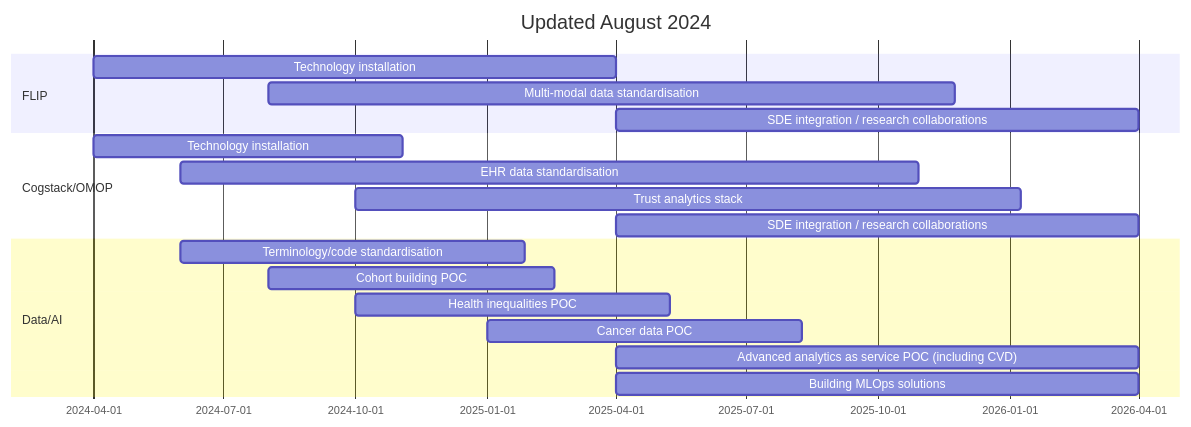
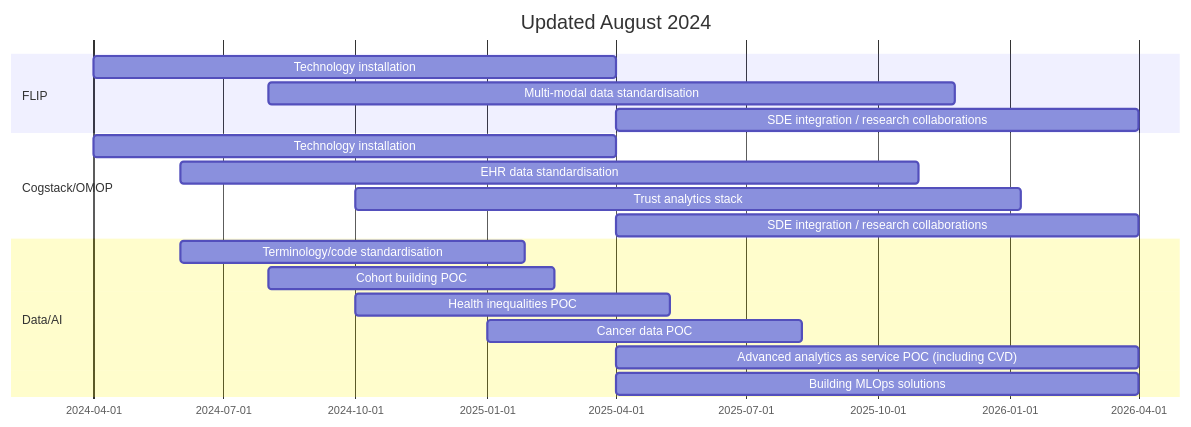
One commit to d3london/sde-aic changed the diagram in overview/2_timeline.qmd. Above: the diagram before and after it, drawn with Mermaid. The commit also changed other lines of this file and 37 other files, not shown here.

````diff
--- a/overview/2_timeline.qmd
+++ b/overview/2_timeline.qmd
@@ -6,22 +6,22 @@
 ```{mermaid}
 %%| fig-width: 6
 gantt
     title Updated August 2024
     dateFormat YYYY-MM-DD
     section FLIP
         Technology installation: a1, 2024-04-01, 365d
         Multi-modal data standardisation:a2, 2024-08-01, 480d
         SDE integration / research collaborations: a3, 2025-04-01, 365d
     section Cogstack/OMOP
-        Technology installation: b0, 2024-04-01, 216d
+        Technology installation: b0, 2024-04-01, 365d
         EHR data standardisation:b1, 2024-06-01, 515d
         Trust analytics stack:b3, 2024-10-01, 465d        
         SDE integration / research collaborations: b4, 2025-04-01, 365d
     section Data/AI
         Terminology/code standardisation:c1, 2024-06-01, 240d
         Cohort building POC:c2, 2024-08-01, 200d
         Health inequalities POC:c3, 2024-10-01, 220d
         Cancer data POC:c4, 2025-01-01, 220d         
         Advanced analytics as service POC (including CVD):c5, 2025-04-01, 365d
         Building MLOps solutions: c6, 2025-04-01, 365d
 ```
````
